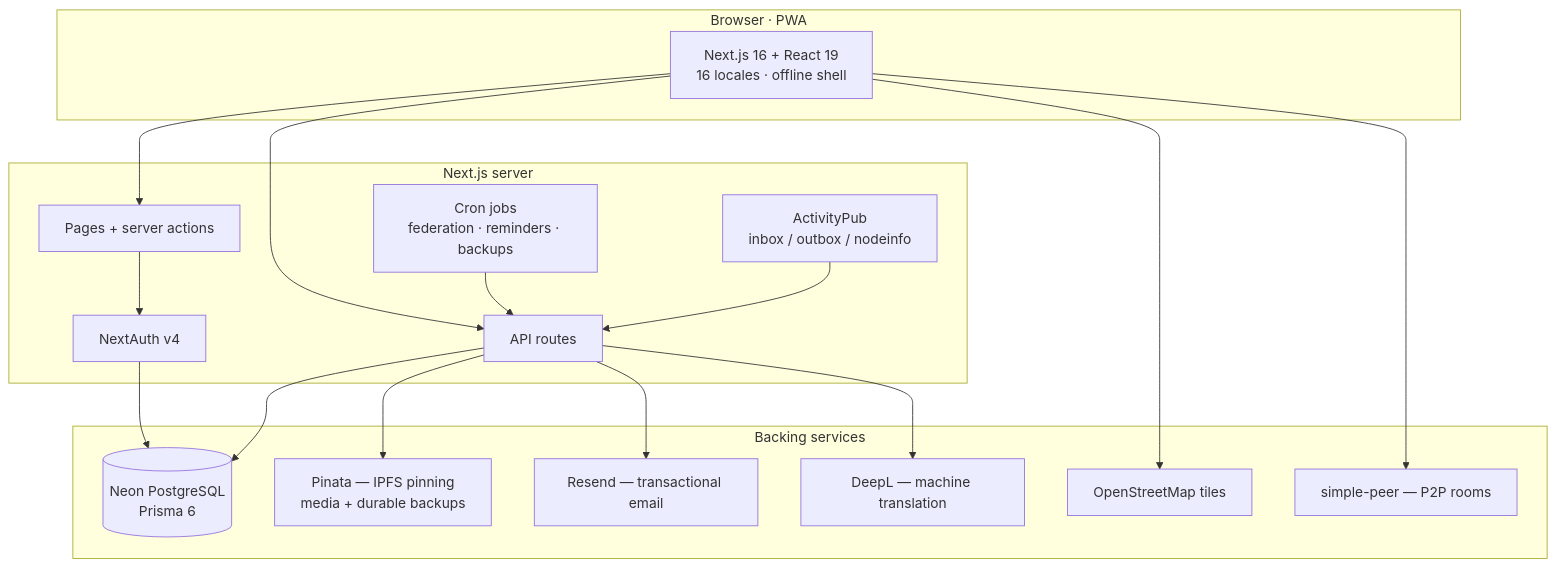
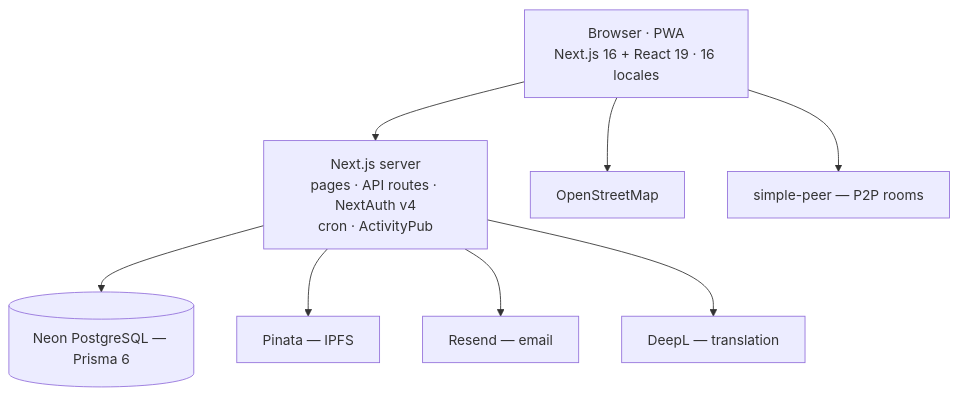
The third of 4 diagrams in README.md (yerbaforums/xistrymemz), drawn with Mermaid before and after one commit. The commit also changed other lines of this file and 9 other files, not shown here.

````diff
--- a/README.md
+++ b/README.md
@@ -126,32 +91,7 @@
 ```mermaid
 flowchart TB
-  subgraph Client[Browser · PWA]
-    UI[Next.js 16 + React 19<br/>16 locales · offline shell]
-  end
-
-  subgraph App[Next.js server]
-    Pages[Pages + server actions]
-    API[API routes]
-    Auth[NextAuth v4]
-    Cron[Cron jobs<br/>federation · reminders · backups]
-    Fed[ActivityPub<br/>inbox / outbox / nodeinfo]
-  end
-
-  subgraph Infra[Backing services]
-    DB[(Neon PostgreSQL<br/>Prisma 6)]
-    Pinata[Pinata — IPFS pinning<br/>media + durable backups]
-    Resend[Resend — transactional email]
-    DeepL[DeepL — machine translation]
-    Maps[OpenStreetMap tiles]
-    WebRTC[simple-peer — P2P rooms]
-  end
-
-  UI --> Pages & API
-  Pages --> Auth --> DB
-  API --> DB
-  API --> Pinata & Resend & DeepL
-  Cron --> API
-  Fed --> API
-  UI --> Maps
-  UI --> WebRTC
+  UI[Browser · PWA<br/>Next.js 16 + React 19 · 16 locales] --> Server[Next.js server<br/>pages · API routes · NextAuth v4<br/>cron · ActivityPub]
+  Server --> DB[(Neon PostgreSQL — Prisma 6)]
+  Server --> Pinata[Pinata — IPFS] & Resend[Resend — email] & DeepL[DeepL — translation]
+  UI --> Maps[OpenStreetMap] & WebRTC[simple-peer — P2P rooms]
 ```
````
